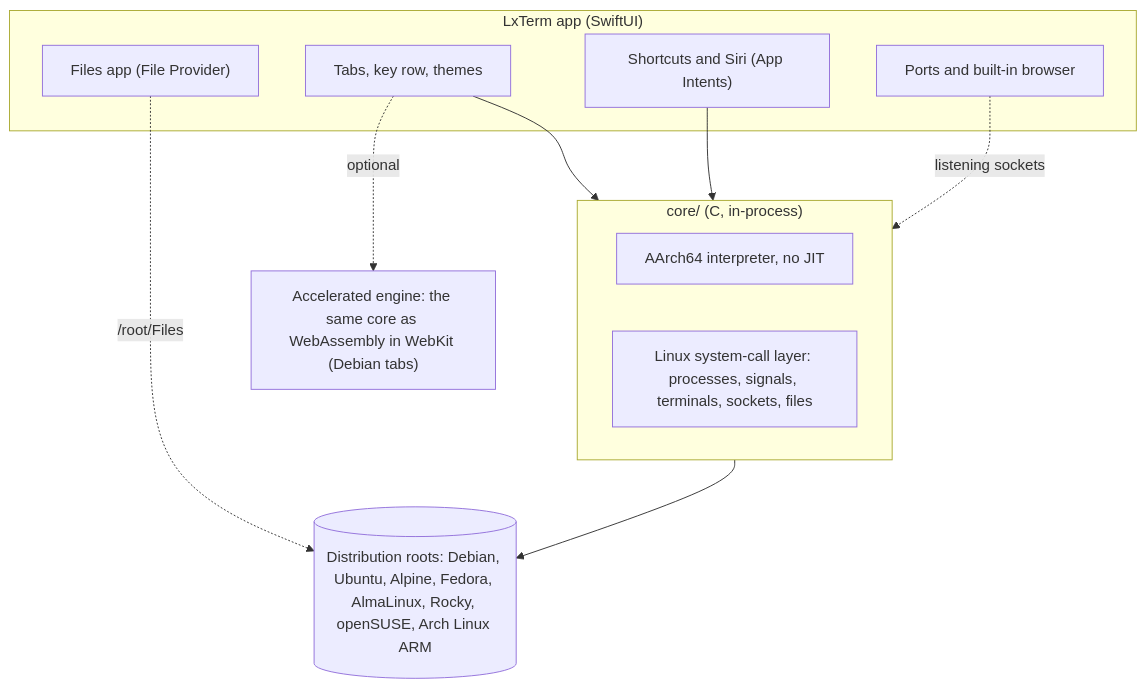
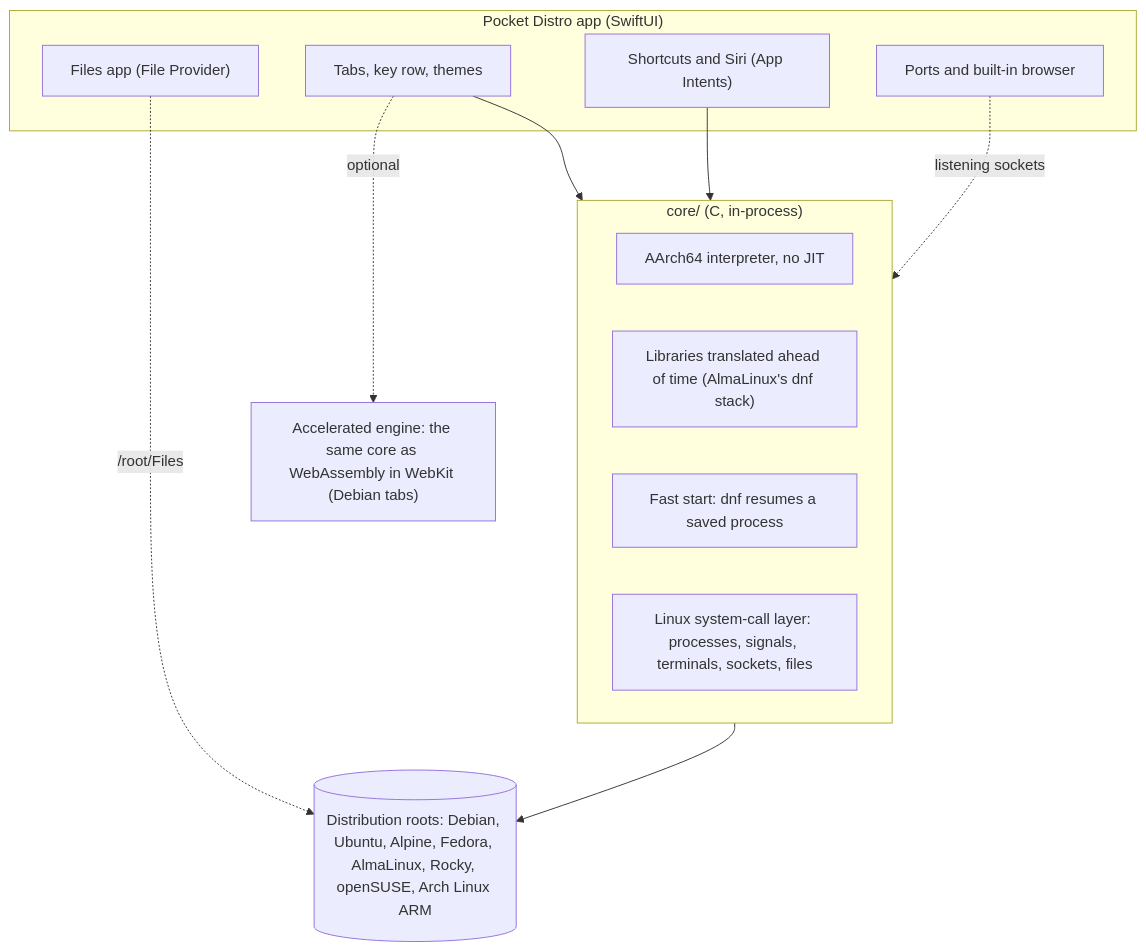
Before and after one commit to heyobi/lxterm: the diagram in README.md, drawn with Mermaid. The commit also changed other lines of this file and 20 other files, not shown here.

First line of the commit message:
Pocket Distro: the app's name on the home screen, in Shortcuts, Siri and Files; README, site, docs

````diff
--- a/README.md
+++ b/README.md
@@ -48,21 +63,23 @@
 ```mermaid
 flowchart TD
-    subgraph App["LxTerm app (SwiftUI)"]
+    subgraph App["Pocket Distro app (SwiftUI)"]
         Tabs["Tabs, key row, themes"]
         Intents["Shortcuts and Siri (App Intents)"]
         Ports["Ports and built-in browser"]
         Files["Files app (File Provider)"]
     end
     subgraph Core["core/ (C, in-process)"]
         CPU["AArch64 interpreter, no JIT"]
+        AOT["Libraries translated ahead of time (AlmaLinux's dnf stack)"]
+        Fast["Fast start: dnf resumes a saved process"]
         Sys["Linux system-call layer: processes, signals, terminals, sockets, files"]
     end
     Accel["Accelerated engine: the same core as WebAssembly in WebKit (Debian tabs)"]
     Roots[("Distribution roots: Debian, Ubuntu, Alpine, Fedora, AlmaLinux, Rocky, openSUSE, Arch Linux ARM")]
     Tabs --> Core
     Intents --> Core
     Core --> Roots
     Ports -. "listening sockets" .-> Core
     Files -. "/root/Files" .-> Roots
     Tabs -. "optional" .-> Accel
 ```
````
